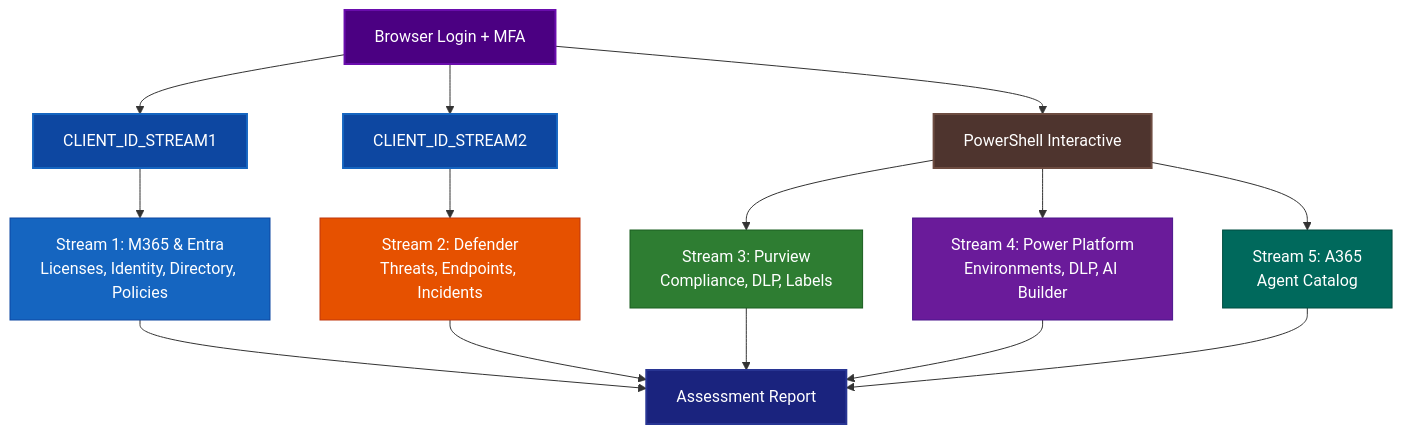
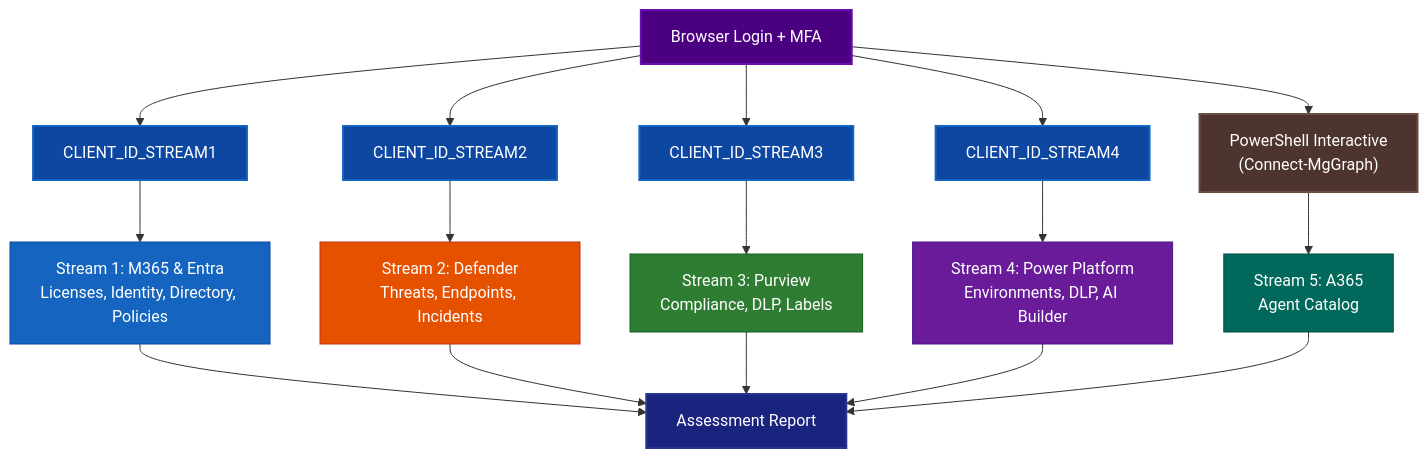
Before and after one commit to mironi-org/m365-copilot-automated-readiness-assessment: the second of 2 diagrams in INTERACTIVE-AUTH-GUIDELINES.md, drawn with Mermaid.

Commit message:
docs: fix stream reference diagram — add CLIENT_ID for streams 3+4

````diff
--- a/INTERACTIVE-AUTH-GUIDELINES.md
+++ b/INTERACTIVE-AUTH-GUIDELINES.md
@@ -56,40 +56,42 @@
 ```mermaid
 flowchart TD
     LOGIN["Browser Login + MFA"]
 
     LOGIN --> CRED1["CLIENT_ID_STREAM1"]
     LOGIN --> CRED2["CLIENT_ID_STREAM2"]
-    LOGIN --> PS["PowerShell Interactive"]
+    LOGIN --> CRED3["CLIENT_ID_STREAM3"]
+    LOGIN --> CRED4["CLIENT_ID_STREAM4"]
+    LOGIN --> PS["PowerShell Interactive\n(Connect-MgGraph)"]
 
     CRED1 --> S1["Stream 1: M365 & Entra\nLicenses, Identity, Directory, Policies"]
     CRED2 --> S2["Stream 2: Defender\nThreats, Endpoints, Incidents"]
-    PS --> S3["Stream 3: Purview\nCompliance, DLP, Labels"]
-    PS --> S4["Stream 4: Power Platform\nEnvironments, DLP, AI Builder"]
+    CRED3 --> S3["Stream 3: Purview\nCompliance, DLP, Labels"]
+    CRED4 --> S4["Stream 4: Power Platform\nEnvironments, DLP, AI Builder"]
     PS --> S5["Stream 5: A365\nAgent Catalog"]
 
     S1 --> OUT["Assessment Report"]
     S2 --> OUT
     S3 --> OUT
     S4 --> OUT
     S5 --> OUT
 
     classDef login fill:#4B0082,stroke:#6A0DAD,color:#FFF,stroke-width:2px
     classDef cred fill:#0D47A1,stroke:#1565C0,color:#FFF,stroke-width:2px
     classDef ps fill:#4E342E,stroke:#6D4C41,color:#FFF,stroke-width:2px
     classDef s1 fill:#1565C0,stroke:#0D47A1,color:#FFF
     classDef s2 fill:#E65100,stroke:#BF360C,color:#FFF
     classDef s3 fill:#2E7D32,stroke:#1B5E20,color:#FFF
     classDef s4 fill:#6A1B9A,stroke:#4A148C,color:#FFF
     classDef s5 fill:#00695C,stroke:#004D40,color:#FFF
     classDef out fill:#1A237E,stroke:#283593,color:#FFF,stroke-width:2px
 
     class LOGIN login
-    class CRED1,CRED2 cred
+    class CRED1,CRED2,CRED3,CRED4 cred
     class PS ps
     class S1 s1
     class S2 s2
     class S3 s3
     class S4 s4
     class S5 s5
     class OUT out
 ```
````
